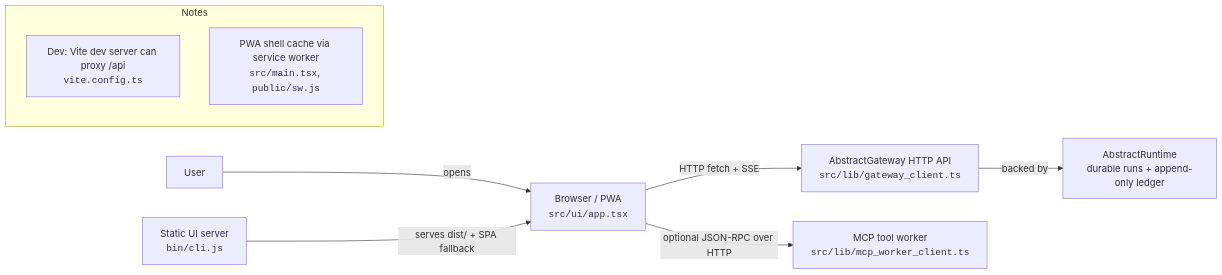
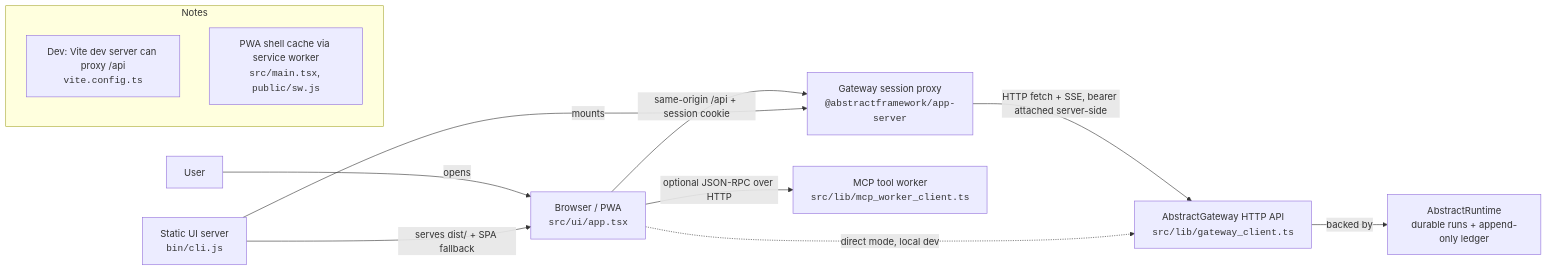
One commit to lpalbou/AbstractObserver changed the first of 2 diagrams in docs/architecture.md. Above: the diagram before and after it, drawn with Mermaid. The commit also changed other lines of this file and 13 other files, not shown here.

````diff
--- a/docs/architecture.md
+++ b/docs/architecture.md
@@ -21,13 +21,16 @@
 ```mermaid
 flowchart LR
   U[User] -->|opens| B[Browser / PWA<br/><code>src/ui/app.tsx</code>]
   S[Static UI server<br/><code>bin/cli.js</code>] -->|serves dist/ + SPA fallback| B
-  B -->|HTTP fetch + SSE| G[AbstractGateway HTTP API<br/><code>src/lib/gateway_client.ts</code>]
+  B -->|same-origin /api + session cookie| P[Gateway session proxy<br/><code>@abstractframework/app-server</code>]
+  S -->|mounts| P
+  P -->|HTTP fetch + SSE, bearer attached server-side| G[AbstractGateway HTTP API<br/><code>src/lib/gateway_client.ts</code>]
+  B -.->|direct mode, local dev| G
   G -->|backed by| R[AbstractRuntime<br/>durable runs + append-only ledger]
   B -->|optional JSON-RPC over HTTP| W[MCP tool worker<br/><code>src/lib/mcp_worker_client.ts</code>]
 
   subgraph Notes[Notes]
     N1[Dev: Vite dev server can proxy /api<br/><code>vite.config.ts</code>]
     N2[PWA shell cache via service worker<br/><code>src/main.tsx</code>, <code>public/sw.js</code>]
   end
 ```
````
